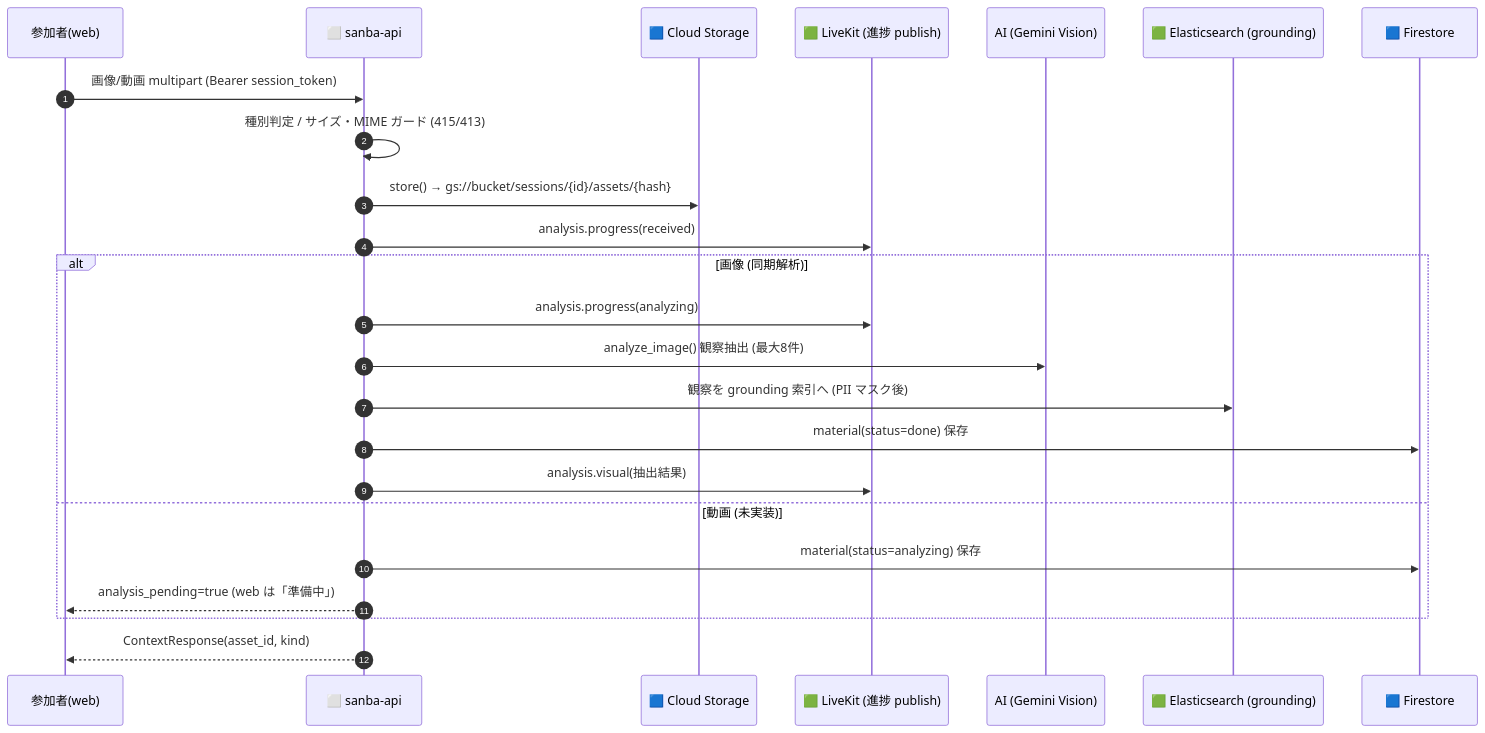
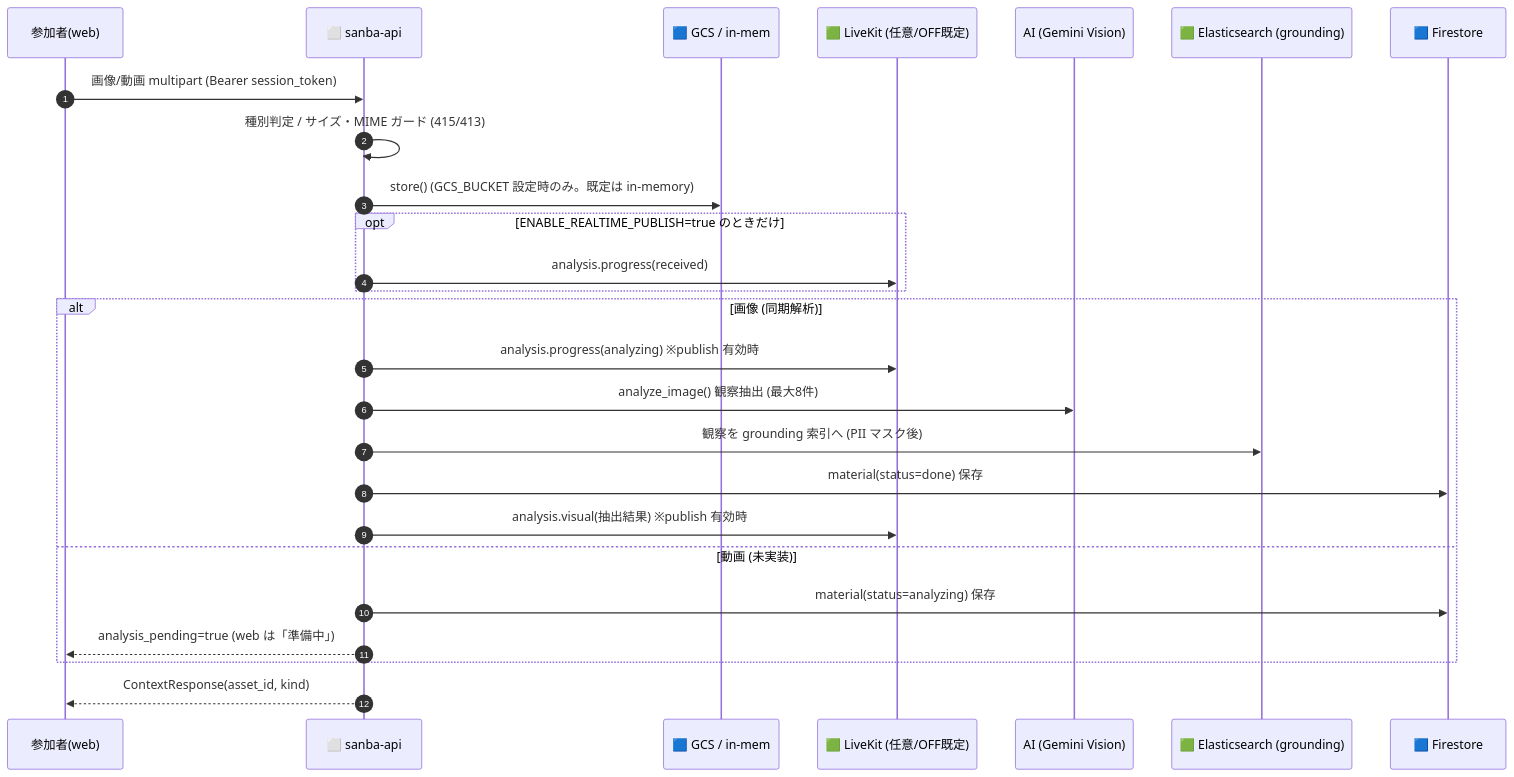
One commit to godhuu0505/sanba changed the sixth of 13 diagrams in docs/architecture-analysis.md. Above: the diagram before and after it, drawn with Mermaid. The commit also changed other lines of this file, not shown here.

````diff
--- a/docs/architecture-analysis.md
+++ b/docs/architecture-analysis.md
@@ -269,27 +269,29 @@
 ```mermaid
 sequenceDiagram
     autonumber
     participant U as 参加者(web)
     participant API as ⬜ sanba-api
-    participant GCS as 🟦 Cloud Storage
-    participant LK as 🟩 LiveKit (進捗 publish)
+    participant GCS as 🟦 GCS / in-mem
+    participant LK as 🟩 LiveKit (任意/OFF既定)
     participant GEM as AI (Gemini Vision)
     participant ES as 🟩 Elasticsearch (grounding)
     participant FS as 🟦 Firestore
 
     U->>API: 画像/動画 multipart (Bearer session_token)
     API->>API: 種別判定 / サイズ・MIME ガード (415/413)
-    API->>GCS: store() → gs://bucket/sessions/{id}/assets/{hash}
-    API->>LK: analysis.progress(received)
+    API->>GCS: store() (GCS_BUCKET 設定時のみ。既定は in-memory)
+    opt ENABLE_REALTIME_PUBLISH=true のときだけ
+        API->>LK: analysis.progress(received)
+    end
     alt 画像 (同期解析)
-        API->>LK: analysis.progress(analyzing)
+        API->>LK: analysis.progress(analyzing) ※publish 有効時
         API->>GEM: analyze_image() 観察抽出 (最大8件)
         API->>ES: 観察を grounding 索引へ (PII マスク後)
         API->>FS: material(status=done) 保存
-        API->>LK: analysis.visual(抽出結果)
+        API->>LK: analysis.visual(抽出結果) ※publish 有効時
     else 動画 (未実装)
         API->>FS: material(status=analyzing) 保存
         API-->>U: analysis_pending=true (web は「準備中」)
     end
     API-->>U: ContextResponse(asset_id, kind)
 ```
````
